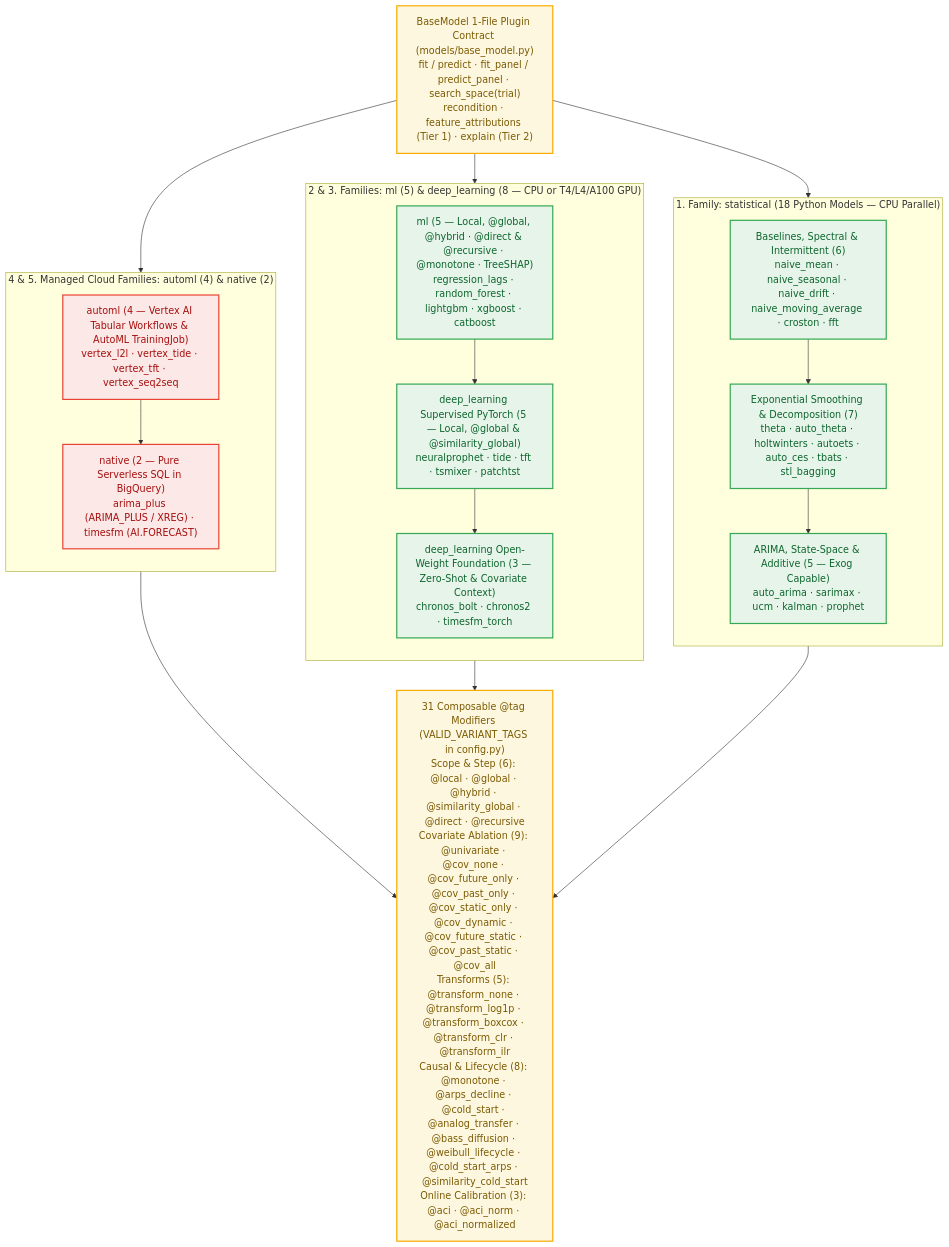
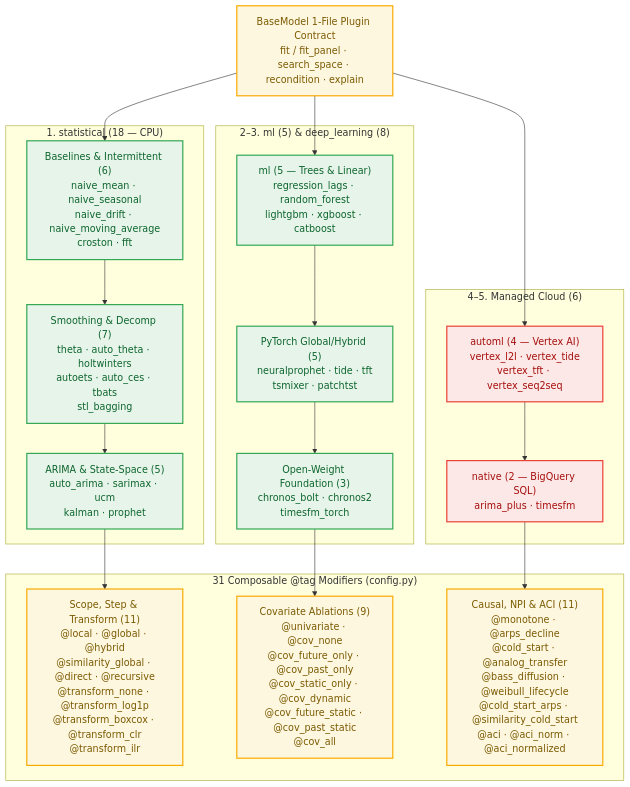
The ninth of 17 diagrams in docs/visual_architecture.md (statmike/scale-forecasting), drawn with Mermaid before and after one commit. The commit also changed other lines of this file and 14 other files, not shown here.

Commit message:
docs(mermaid): reconfigure wide diagrams to vertical TD layout with concise labels

````diff
--- a/docs/visual_architecture.md
+++ b/docs/visual_architecture.md
@@ -389,39 +375,42 @@
 ```mermaid
 flowchart TD
-    BM["BaseModel 1-File Plugin Contract (models/base_model.py)<br/>fit / predict · fit_panel / predict_panel · search_space(trial)<br/>recondition · feature_attributions (Tier 1) · explain (Tier 2)"]
+    BM["BaseModel 1-File Plugin Contract<br/>fit / fit_panel · search_space · recondition · explain"]
 
-    subgraph PY_STAT["1. Family: statistical (18 Python Models — CPU Parallel)"]
-        direction TB
-        ST1["Baselines, Spectral & Intermittent (6)<br/>naive_mean · naive_seasonal · naive_drift · naive_moving_average · croston · fft"]
-        ST2["Exponential Smoothing & Decomposition (7)<br/>theta · auto_theta · holtwinters · autoets · auto_ces · tbats · stl_bagging"]
-        ST3["ARIMA, State-Space & Additive (5 — Exog Capable)<br/>auto_arima · sarimax · ucm · kalman · prophet"]
+    subgraph PY_STAT["1. statistical (18 — CPU)"]
+        ST1["Baselines & Intermittent (6)<br/>naive_mean · naive_seasonal<br/>naive_drift · naive_moving_average<br/>croston · fft"]
+        ST2["Smoothing & Decomp (7)<br/>theta · auto_theta · holtwinters<br/>autoets · auto_ces · tbats<br/>stl_bagging"]
+        ST3["ARIMA & State-Space (5)<br/>auto_arima · sarimax · ucm<br/>kalman · prophet"]
         ST1 --> ST2 --> ST3
     end
 
-    subgraph PY_MLDL["2 & 3. Families: ml (5) & deep_learning (8 — CPU or T4/L4/A100 GPU)"]
-        direction TB
-        ML1["ml (5 — Local, @global, @hybrid · @direct & @recursive · @monotone · TreeSHAP)<br/>regression_lags · random_forest · lightgbm · xgboost · catboost"]
-        DL1["deep_learning Supervised PyTorch (5 — Local, @global & @similarity_global)<br/>neuralprophet · tide · tft · tsmixer · patchtst"]
-        DL2["deep_learning Open-Weight Foundation (3 — Zero-Shot & Covariate Context)<br/>chronos_bolt · chronos2 · timesfm_torch"]
+    subgraph PY_MLDL["2–3. ml (5) & deep_learning (8)"]
+        ML1["ml (5 — Trees & Linear)<br/>regression_lags · random_forest<br/>lightgbm · xgboost · catboost"]
+        DL1["PyTorch Global/Hybrid (5)<br/>neuralprophet · tide · tft<br/>tsmixer · patchtst"]
+        DL2["Open-Weight Foundation (3)<br/>chronos_bolt · chronos2<br/>timesfm_torch"]
         ML1 --> DL1 --> DL2
     end
 
-    subgraph MGD_FAMS["4 & 5. Managed Cloud Families: automl (4) & native (2)"]
-        direction TB
-        AM1["automl (4 — Vertex AI Tabular Workflows & AutoML TrainingJob)<br/>vertex_l2l · vertex_tide · vertex_tft · vertex_seq2seq"]
-        NT1["native (2 — Pure Serverless SQL in BigQuery)<br/>arima_plus (ARIMA_PLUS / XREG) · timesfm (AI.FORECAST)"]
+    subgraph MGD_FAMS["4–5. Managed Cloud (6)"]
+        AM1["automl (4 — Vertex AI)<br/>vertex_l2l · vertex_tide<br/>vertex_tft · vertex_seq2seq"]
+        NT1["native (2 — BigQuery SQL)<br/>arima_plus · timesfm"]
         AM1 --> NT1
     end
 
-    TAGS["31 Composable @tag Modifiers (VALID_VARIANT_TAGS in config.py)<br/>Scope & Step (6): @local · @global · @hybrid · @similarity_global · @direct · @recursive<br/>Covariate Ablation (9): @univariate · @cov_none · @cov_future_only · @cov_past_only · @cov_static_only · @cov_dynamic · @cov_future_static · @cov_past_static · @cov_all<br/>Transforms (5): @transform_none · @transform_log1p · @transform_boxcox · @transform_clr · @transform_ilr<br/>Causal & Lifecycle (8): @monotone · @arps_decline · @cold_start · @analog_transfer · @bass_diffusion · @weibull_lifecycle · @cold_start_arps · @similarity_cold_start<br/>Online Calibration (3): @aci · @aci_norm · @aci_normalized"]
+    subgraph TAGS["31 Composable @tag Modifiers (config.py)"]
+        TAG_1["Scope, Step & Transform (11)<br/>@local · @global · @hybrid<br/>@similarity_global · @direct · @recursive<br/>@transform_none · @transform_log1p<br/>@transform_boxcox · @transform_clr<br/>@transform_ilr"]
+        TAG_2["Covariate Ablations (9)<br/>@univariate · @cov_none<br/>@cov_future_only · @cov_past_only<br/>@cov_static_only · @cov_dynamic<br/>@cov_future_static · @cov_past_static<br/>@cov_all"]
+        TAG_3["Causal, NPI & ACI (11)<br/>@monotone · @arps_decline<br/>@cold_start · @analog_transfer<br/>@bass_diffusion · @weibull_lifecycle<br/>@cold_start_arps · @similarity_cold_start<br/>@aci · @aci_norm · @aci_normalized"]
+    end
 
     BM --> ST1 & ML1 & AM1
-    ST3 & DL2 & NT1 --> TAGS
+    ST3 --> TAG_1
+    DL2 --> TAG_2
+    NT1 --> TAG_3
 
     classDef config fill:#FEF7E0,stroke:#F9AB00,stroke-width:2px,color:#7A5A00
     classDef route fill:#FCE8E6,stroke:#EA4335,stroke-width:2px,color:#A50E0E
     classDef compute fill:#E6F4EA,stroke:#34A853,stroke-width:2px,color:#0D652D
-    class BM,TAGS config
+    class BM,TAG_1,TAG_2,TAG_3 config
     class AM1,NT1 route
     class ST1,ST2,ST3,ML1,DL1,DL2 compute
 ```
````
